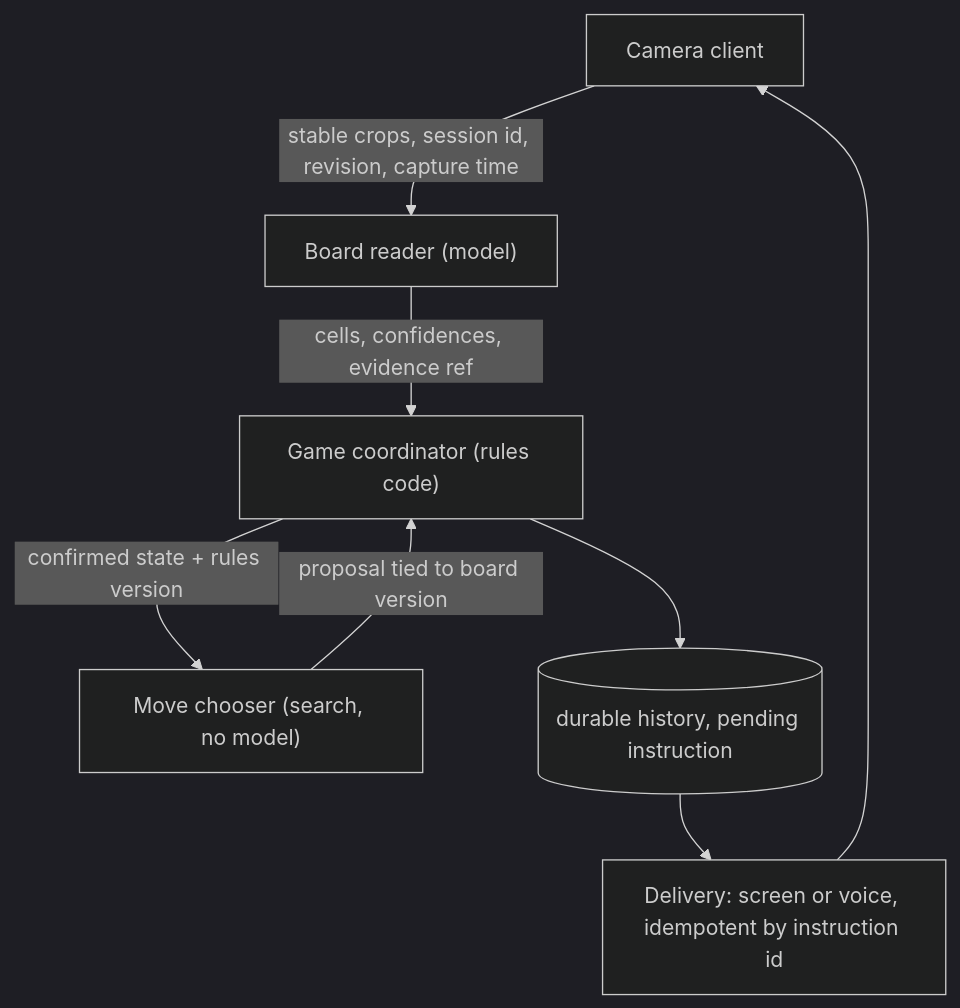
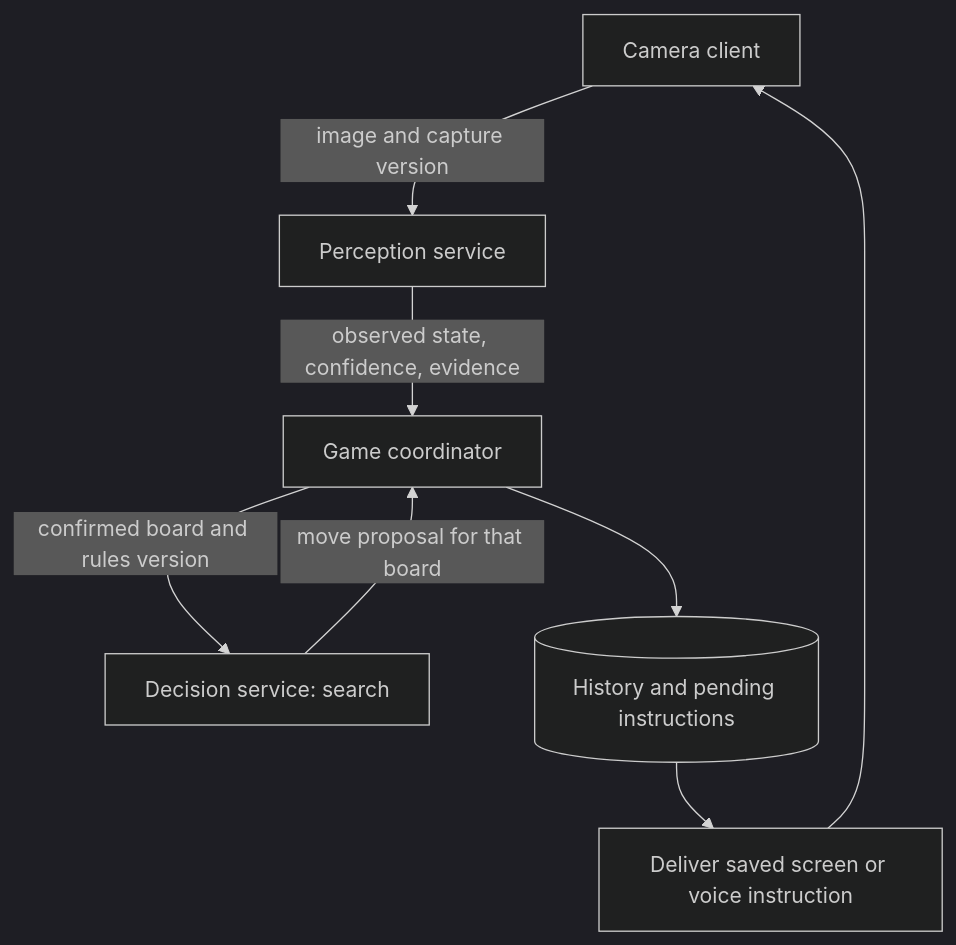
The third of 6 diagrams in docs/architecture.md (nitaiaharoni1/vistral-assignment), drawn with Mermaid (dark theme) before and after one commit. The commit also changed other lines of this file and 201 other files, not shown here.

First line of the commit message:
Move the backend onto NestJS and rename the agent to game-agent.

````diff
--- a/docs/architecture.md
+++ b/docs/architecture.md
@@ -29,9 +101,9 @@
 ```mermaid
 flowchart TB
-  Client["Camera client"] -->|"stable crops, session id, revision, capture time"| Reader
-  Reader["Board reader (model)"] -->|"cells, confidences, evidence ref"| Coordinator
-  Coordinator["Game coordinator (rules code)"] -->|"confirmed state + rules version"| Chooser
-  Chooser["Move chooser (search, no model)"] -->|"proposal tied to board version"| Coordinator
-  Coordinator --> Store[("durable history, pending instruction")]
-  Store --> Delivery["Delivery: screen or voice, idempotent by instruction id"] --> Client
+  Client["Camera client"] -->|"image and capture version"| Reader["Perception service"]
+  Reader -->|"observed state, confidence, evidence"| Coordinator["Game coordinator"]
+  Coordinator -->|"confirmed board and rules version"| Chooser["Decision service: search"]
+  Chooser -->|"move proposal for that board"| Coordinator
+  Coordinator --> Store[("History and pending instructions")]
+  Store --> Delivery["Deliver saved screen or voice instruction"] --> Client
 ```
````
